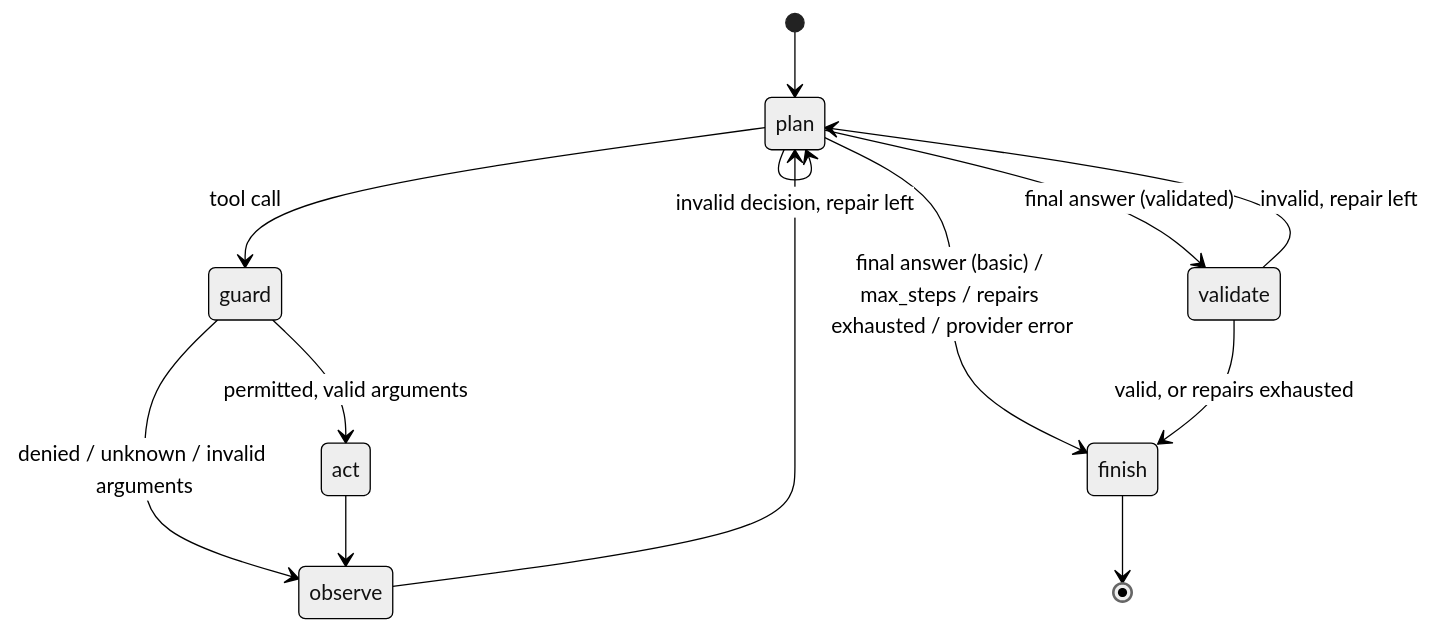
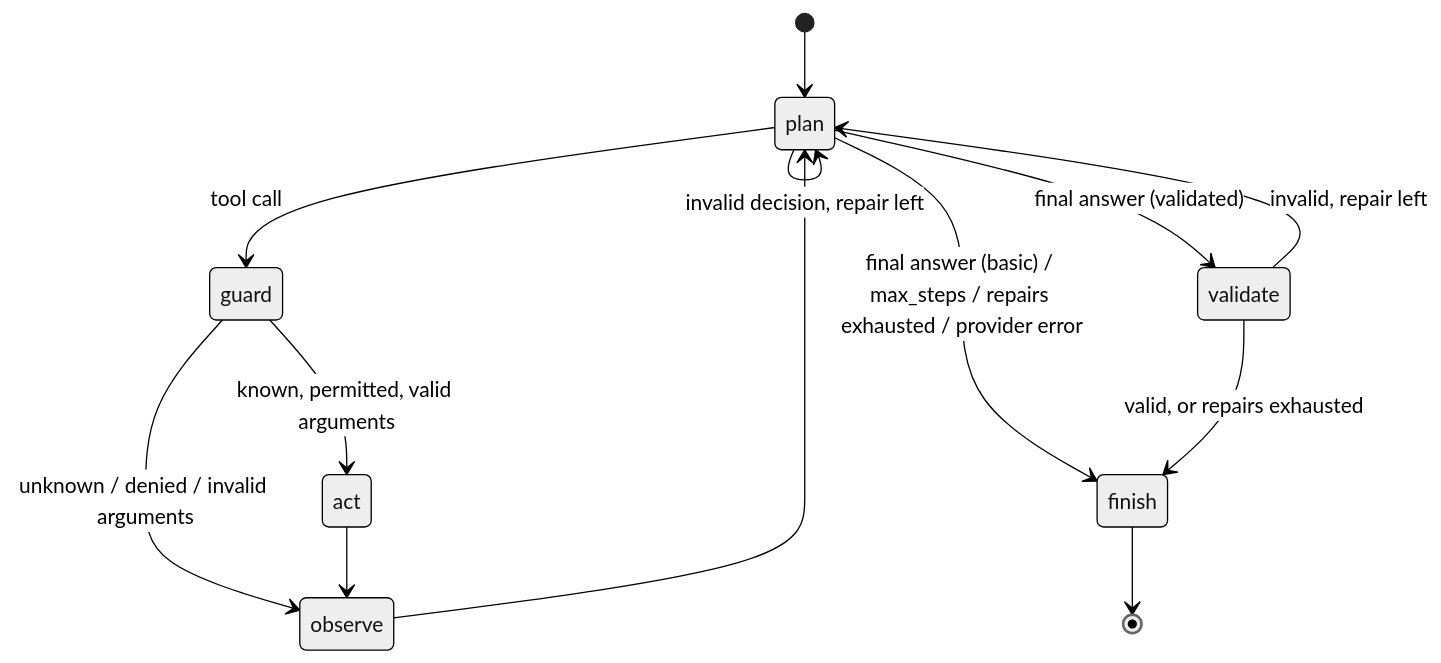
Before and after one commit to mateoosoriodelhonte/agentscope: the second of 5 diagrams in ARCHITECTURE.md, drawn with Mermaid (neutral theme). The commit also changed other lines of this file and 53 other files, not shown here.

````diff
--- a/ARCHITECTURE.md
+++ b/ARCHITECTURE.md
@@ -104,15 +107,15 @@
 ```mermaid
 stateDiagram-v2
     [*] --> plan
     plan --> guard: tool call
     plan --> plan: invalid decision, repair left
     plan --> validate: final answer (validated)
     plan --> finish: final answer (basic) / max_steps / repairs exhausted / provider error
-    guard --> act: permitted, valid arguments
-    guard --> observe: denied / unknown / invalid arguments
+    guard --> act: known, permitted, valid arguments
+    guard --> observe: unknown / denied / invalid arguments
     act --> observe
     observe --> plan
     validate --> finish: valid, or repairs exhausted
     validate --> plan: invalid, repair left
     finish --> [*]
 ```
````
